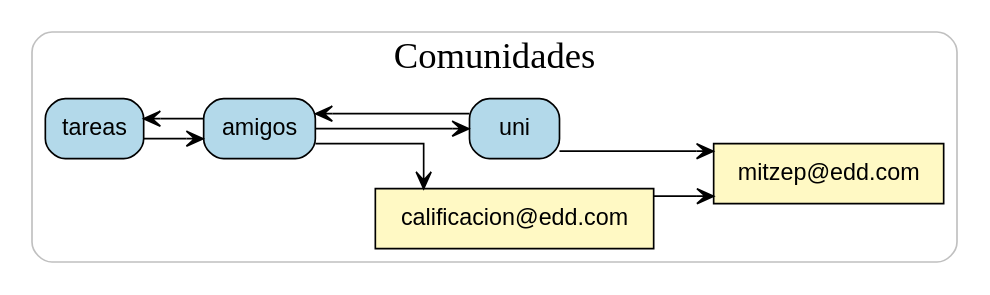
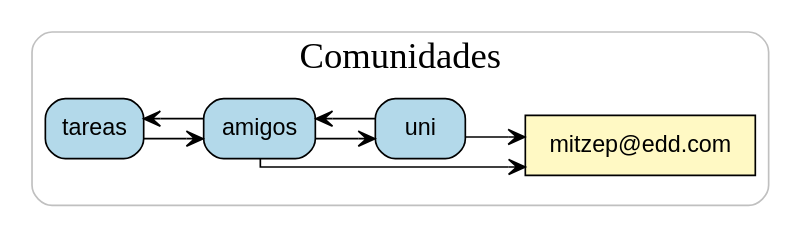
The diagram in Fase1/Root-Reportes/comunidades.dot (YurySantosGit/-EDD-2S2025_202113318), drawn with Graphviz before and after one commit. The commit also changed 24 other files, not shown here.

```diff
--- a/Fase1/Root-Reportes/comunidades.dot
+++ b/Fase1/Root-Reportes/comunidades.dot
@@ -1,19 +1,17 @@
 digraph Comunidades {
   graph [splines=ortho, bgcolor="white"]; rankdir=LR;
   node [fontname="Helvetica"]; edge [arrowhead=vee];
   subgraph cluster_all { label="Comunidades"; labelloc=top; fontsize=22; style="rounded"; color="#C0C0C0";
     "com_tareas" [label="tareas", shape=box, style="filled,rounded", fillcolor="#B3D9EA"];
     "com_amigos" [label="amigos", shape=box, style="filled,rounded", fillcolor="#B3D9EA"];
     "com_tareas" -> "com_amigos";
     "com_amigos" -> "com_tareas";
-    "m_calificacion_at_edd_com" [label="calificacion@edd.com", shape=box, style="filled", fillcolor="#FFF9C4"];
-    "com_amigos" -> "m_calificacion_at_edd_com";
     "m_mitzep_at_edd_com" [label="mitzep@edd.com", shape=box, style="filled", fillcolor="#FFF9C4"];
-    "m_calificacion_at_edd_com" -> "m_mitzep_at_edd_com";
+    "com_amigos" -> "m_mitzep_at_edd_com";
     "com_uni" [label="uni", shape=box, style="filled,rounded", fillcolor="#B3D9EA"];
     "com_amigos" -> "com_uni";
     "com_uni" -> "com_amigos";
     "m_mitzep_at_edd_com" [label="mitzep@edd.com", shape=box, style="filled", fillcolor="#FFF9C4"];
     "com_uni" -> "m_mitzep_at_edd_com";
   }
 }
```
